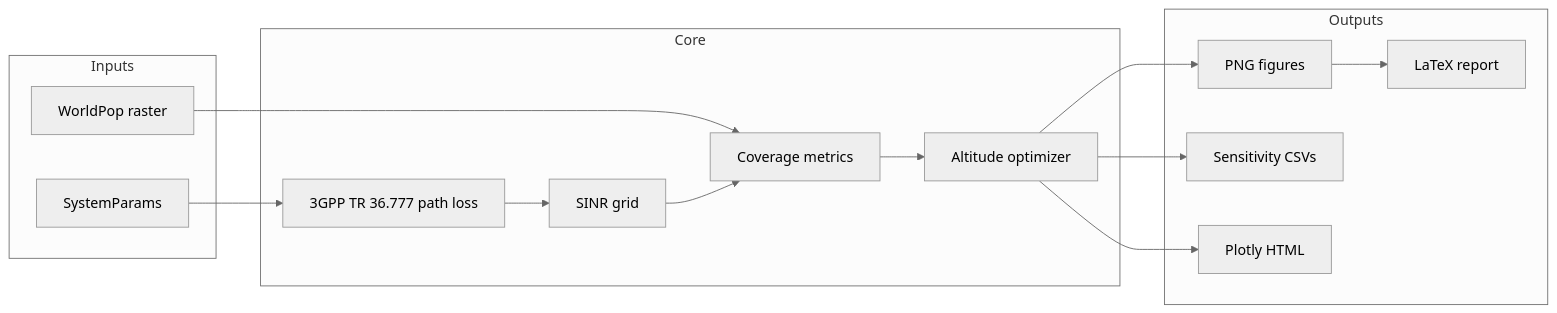
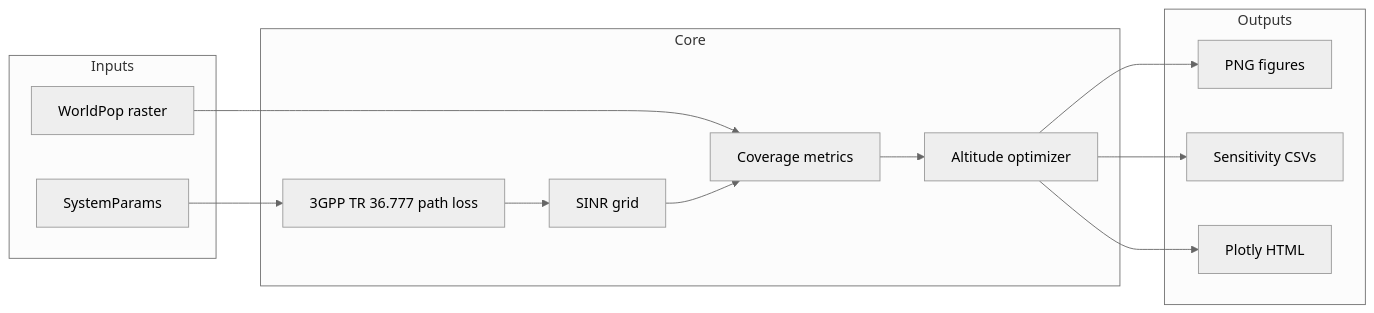
The diagram in README.md (rik-byte-shifter/coxsbazar-uav-5g-altitude-optimizer), drawn with Mermaid (neutral theme) before and after one commit. The commit also changed other lines of this file and 6 other files, not shown here.

````diff
--- a/README.md
+++ b/README.md
@@ -43,25 +45,23 @@
 ```mermaid
 flowchart LR
   subgraph inputs [Inputs]
     WP[WorldPop raster]
     P[SystemParams]
   end
   subgraph core [Core]
     PL[3GPP TR 36.777 path loss]
     SINR[SINR grid]
     COV[Coverage metrics]
     OPT[Altitude optimizer]
   end
   subgraph outputs [Outputs]
     FIG[PNG figures]
     CSV[Sensitivity CSVs]
     HTML[Plotly HTML]
-    TEX[LaTeX report]
   end
   WP --> COV
   P --> PL --> SINR --> COV --> OPT
   OPT --> FIG
   OPT --> CSV
   OPT --> HTML
-  FIG --> TEX
 ```
````
